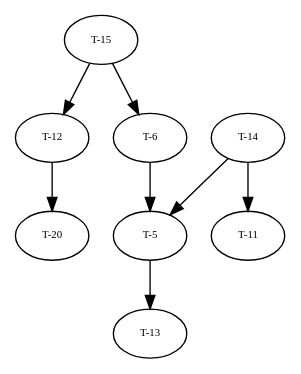
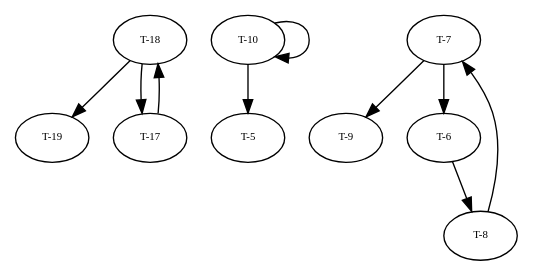
One commit to amso100/livescript-declarations changed the diagram in graphs/dg.dot. Above: the diagram before and after it, drawn with Graphviz. The commit also changed 4 other files, not shown here.

```diff
--- a/graphs/dg.dot
+++ b/graphs/dg.dot
@@ -1,69 +1,82 @@
 digraph RGL__DirectedAdjacencyGraph {
-    "T-12" [
+    "T-18" [
         fontsize = 8,
-        label = "T-12"
+        label = "T-18"
     ]
 
-    "T-20" [
+    "T-19" [
         fontsize = 8,
-        label = "T-20"
+        label = "T-19"
     ]
 
-    "T-15" [
+    "T-10" [
         fontsize = 8,
-        label = "T-15"
+        label = "T-10"
     ]
 
-    "T-14" [
+    "T-17" [
         fontsize = 8,
-        label = "T-14"
+        label = "T-17"
     ]
 
-    "T-11" [
+    "T-7" [
         fontsize = 8,
-        label = "T-11"
+        label = "T-7"
+    ]
+
+    "T-9" [
+        fontsize = 8,
+        label = "T-9"
     ]
 
     "T-5" [
         fontsize = 8,
         label = "T-5"
     ]
 
-    "T-13" [
+    "T-8" [
         fontsize = 8,
-        label = "T-13"
+        label = "T-8"
     ]
 
     "T-6" [
         fontsize = 8,
         label = "T-6"
     ]
 
-    "T-12" -> "T-20" [
+    "T-18" -> "T-19" [
         fontsize = 8
     ]
 
-    "T-15" -> "T-12" [
+    "T-18" -> "T-17" [
         fontsize = 8
     ]
 
-    "T-15" -> "T-6" [
+    "T-10" -> "T-10" [
         fontsize = 8
     ]
 
-    "T-14" -> "T-11" [
+    "T-10" -> "T-5" [
         fontsize = 8
     ]
 
-    "T-14" -> "T-5" [
+    "T-17" -> "T-18" [
         fontsize = 8
     ]
 
-    "T-5" -> "T-13" [
+    "T-7" -> "T-9" [
         fontsize = 8
     ]
 
-    "T-6" -> "T-5" [
+    "T-7" -> "T-6" [
+        fontsize = 8
+    ]
+
+    "T-8" -> "T-7" [
+        fontsize = 8
+    ]
+
+    "T-6" -> "T-8" [
         fontsize = 8
     ]
 }
```
